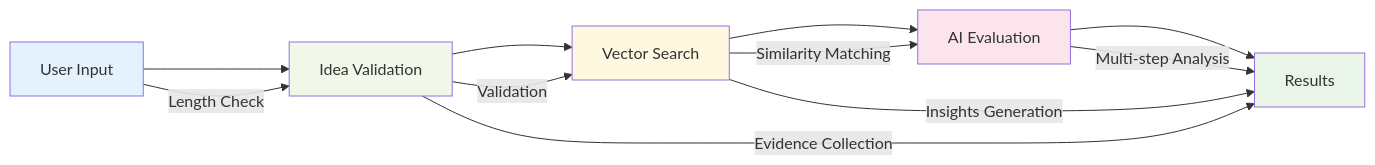
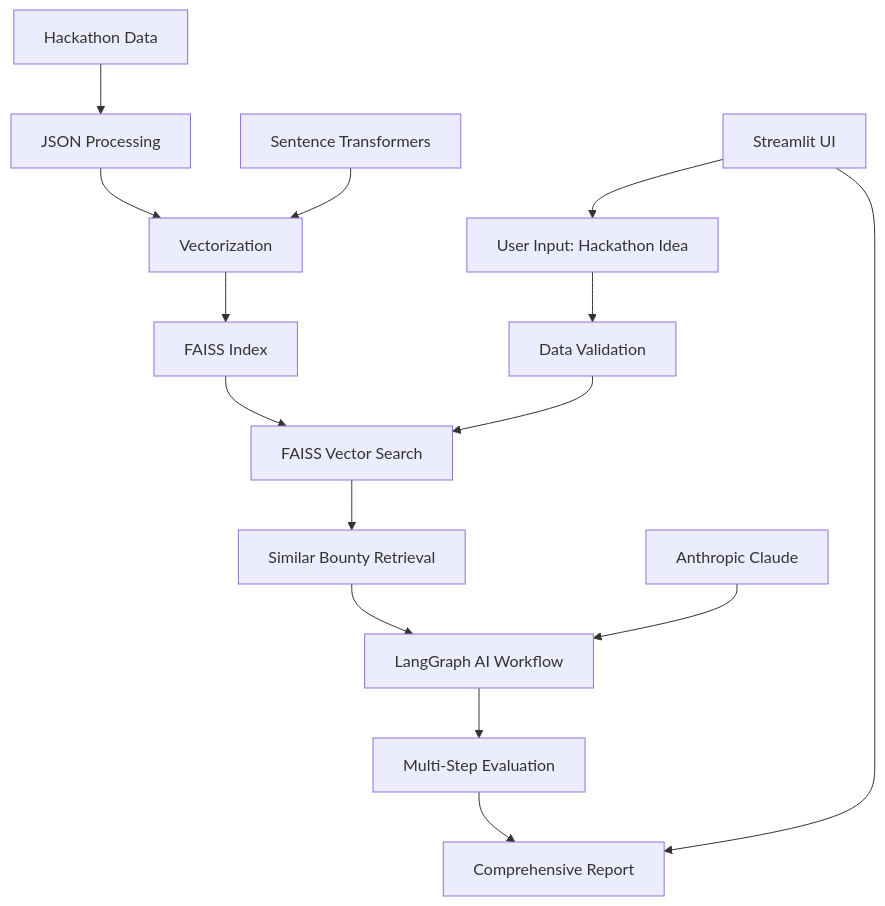
The first of 2 diagrams in README.md (garg-prashant/hackarag), drawn with Mermaid before and after one commit. The commit also changed other lines of this file, not shown here.

````diff
--- a/README.md
+++ b/README.md
@@ -315,21 +61,19 @@
 ```mermaid
-graph LR
-    A[User Input] --> B[Idea Validation]
-    B --> C[Vector Search]
-    C --> D[AI Evaluation]
-    D --> E[Results]
+graph TB
+    A[User Input: Hackathon Idea] --> B[Data Validation]
+    B --> C[FAISS Vector Search]
+    C --> D[Similar Bounty Retrieval]
+    D --> E[LangGraph AI Workflow]
+    E --> F[Multi-Step Evaluation]
+    F --> G[Comprehensive Report]
     
-    A --> |Length Check| B
-    B --> |Validation| C
-    C --> |Similarity Matching| D
-    D --> |Multi-step Analysis| E
+    H[Hackathon Data] --> I[JSON Processing]
+    I --> J[Vectorization]
+    J --> K[FAISS Index]
+    K --> C
     
-    B --> |Evidence Collection| E
-    C --> |Insights Generation| E
-    
-    style A fill:#e3f2fd
-    style B fill:#f1f8e9
-    style C fill:#fff8e1
-    style D fill:#fce4ec
-    style E fill:#e8f5e8
+    L[Anthropic Claude] --> E
+    M[Sentence Transformers] --> J
+    N[Streamlit UI] --> A
+    N --> G
 ```
````
